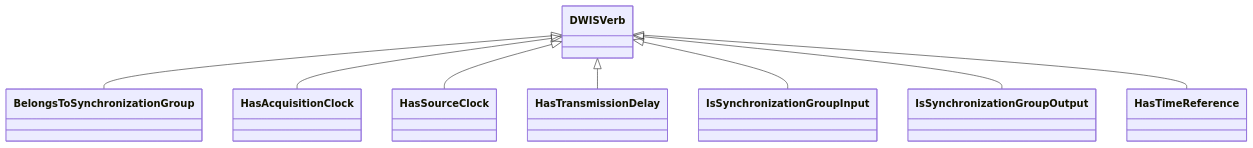
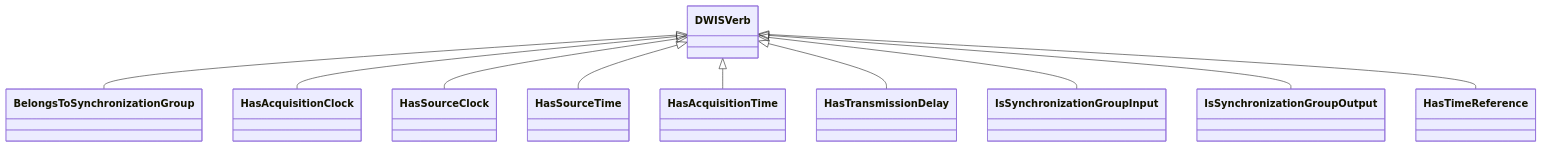
Before and after one commit to D-WIS/DDHub-Semantic-Interoperability: the second of 3 diagrams in docs/vocabulary_development/auto-generated/md/definition-files/TimeManagement.md, drawn with Mermaid. The commit also changed other lines of this file and 7 other files, not shown here.

````diff
--- a/docs/vocabulary_development/auto-generated/md/definition-files/TimeManagement.md
+++ b/docs/vocabulary_development/auto-generated/md/definition-files/TimeManagement.md
@@ -113,10 +113,12 @@
 ```mermaid
 classDiagram
 DWISVerb <|-- BelongsToSynchronizationGroup
 DWISVerb <|-- HasAcquisitionClock
 DWISVerb <|-- HasSourceClock
+DWISVerb <|-- HasSourceTime
+DWISVerb <|-- HasAcquisitionTime
 DWISVerb <|-- HasTransmissionDelay
 DWISVerb <|-- IsSynchronizationGroupInput
 DWISVerb <|-- IsSynchronizationGroupOutput
 DWISVerb <|-- HasTimeReference
 ```
````
